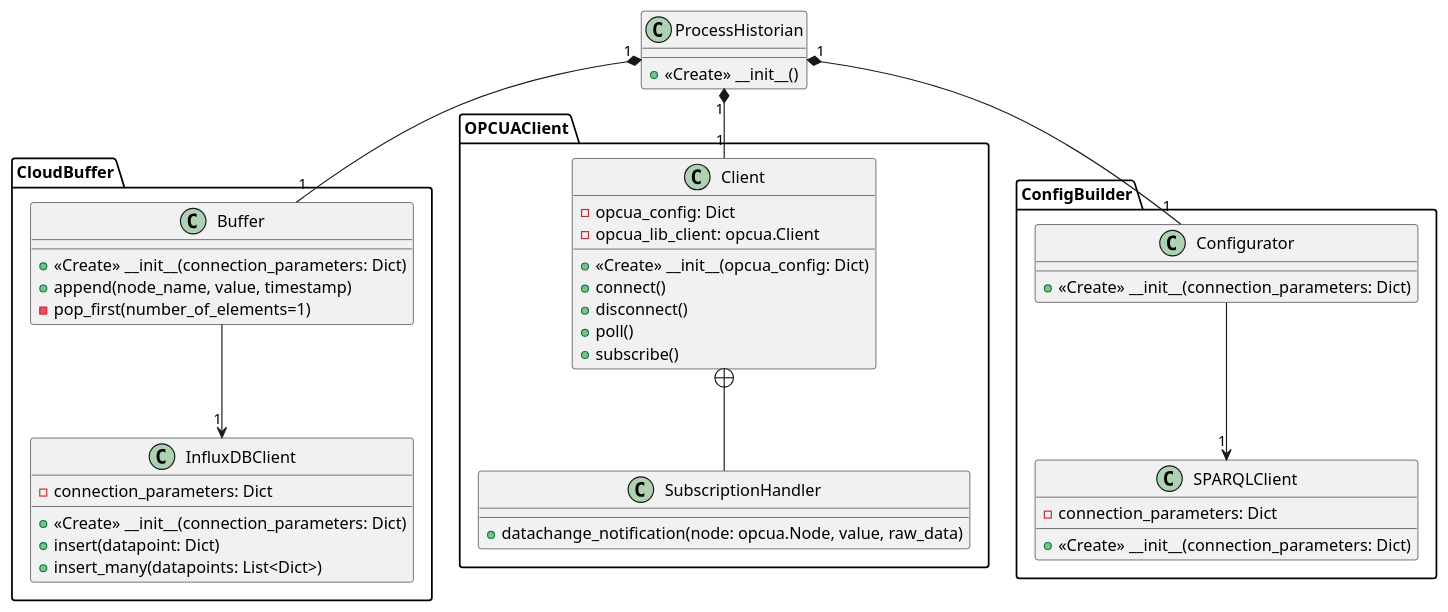
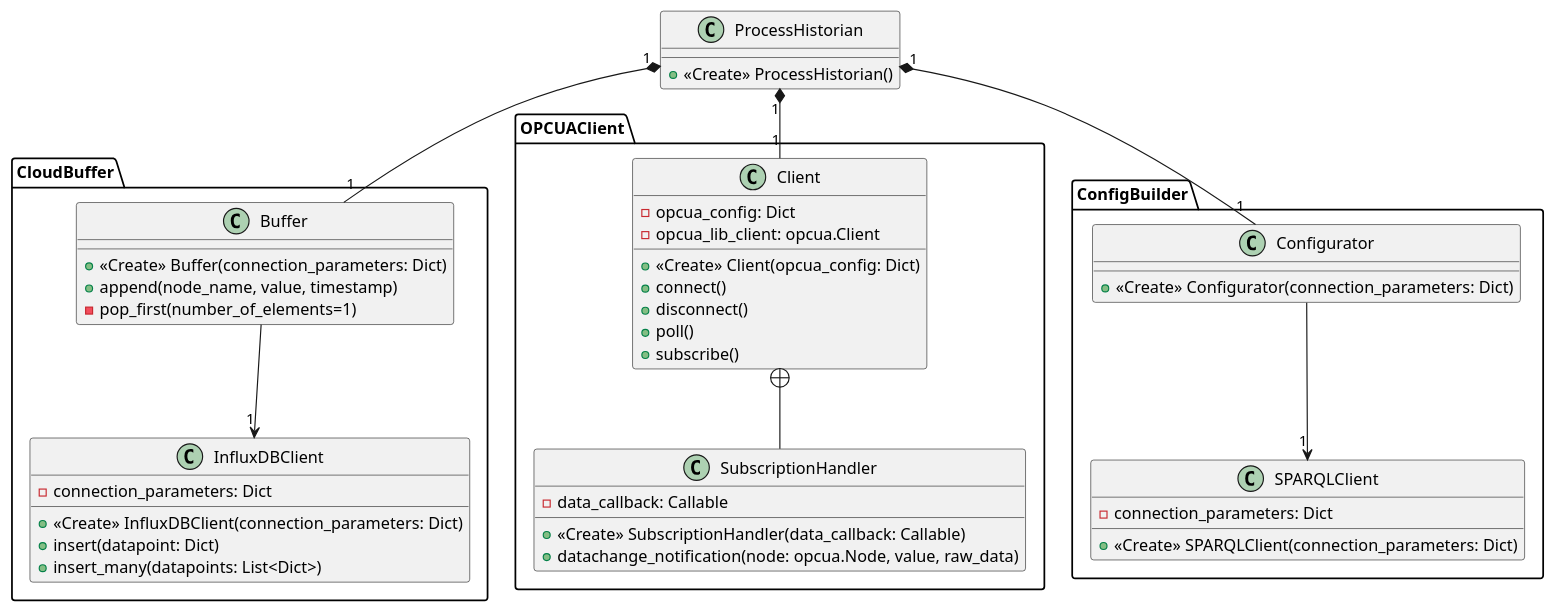
The diagram in architecture/class_diagram.pu (Praktikum-PvAS/process-historian), drawn with PlantUML before and after one commit.

Commit message:
Small fixes

```diff
--- a/architecture/class_diagram.pu
+++ b/architecture/class_diagram.pu
@@ -1,47 +1,48 @@
 @startuml "Process Historian"
 
 class CloudBuffer.Buffer {
-
-    +<<Create>> __init__(connection_parameters: Dict)
+    +<<Create>> Buffer(connection_parameters: Dict)
     +append(node_name, value, timestamp)
     -pop_first(number_of_elements=1)
 }
 class CloudBuffer.InfluxDBClient{
     -connection_parameters: Dict
-    +<<Create>> __init__(connection_parameters: Dict)
+    +<<Create>> InfluxDBClient(connection_parameters: Dict)
     +insert(datapoint: Dict)
     +insert_many(datapoints: List<Dict>)
 }
 CloudBuffer.Buffer --> "1" CloudBuffer.InfluxDBClient
 
 class OPCUAClient.Client {
     -opcua_config: Dict
     -opcua_lib_client: opcua.Client
-    +<<Create>> __init__(opcua_config: Dict)
+    +<<Create>> Client(opcua_config: Dict)
     +connect()
     +disconnect()
     +poll()
     +subscribe()
 }
 class OPCUAClient.SubscriptionHandler {
+    -data_callback: Callable
+    +<<Create>> SubscriptionHandler(data_callback: Callable)
     +datachange_notification(node: opcua.Node, value, raw_data)
 }
 OPCUAClient.Client +-- OPCUAClient.SubscriptionHandler
 
 class ConfigBuilder.Configurator {
-    +<<Create>> __init__(connection_parameters: Dict)
+    +<<Create>> Configurator(connection_parameters: Dict)
 }
 class ConfigBuilder.SPARQLClient{
     -connection_parameters: Dict
-    +<<Create>> __init__(connection_parameters: Dict)
+    +<<Create>> SPARQLClient(connection_parameters: Dict)
 }
 ConfigBuilder.Configurator --> "1" ConfigBuilder.SPARQLClient
 
 class ProcessHistorian {
-    +<<Create>> __init__()
+    +<<Create>> ProcessHistorian()
 }
 ProcessHistorian "1" *-- "1" CloudBuffer.Buffer
 ProcessHistorian "1" *-- "1" OPCUAClient.Client
 ProcessHistorian "1" *-- "1" ConfigBuilder.Configurator
 
 @enduml
```
